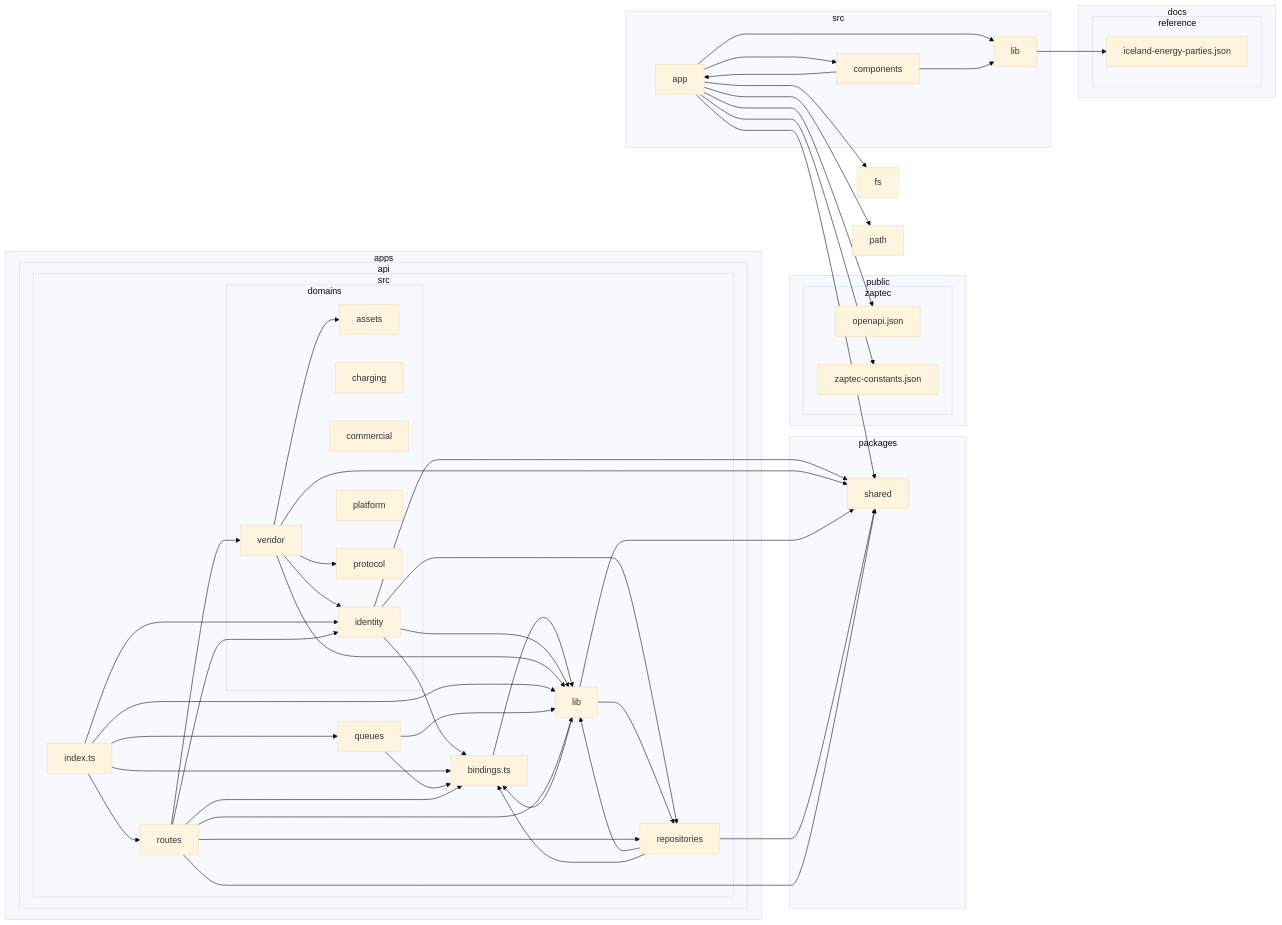
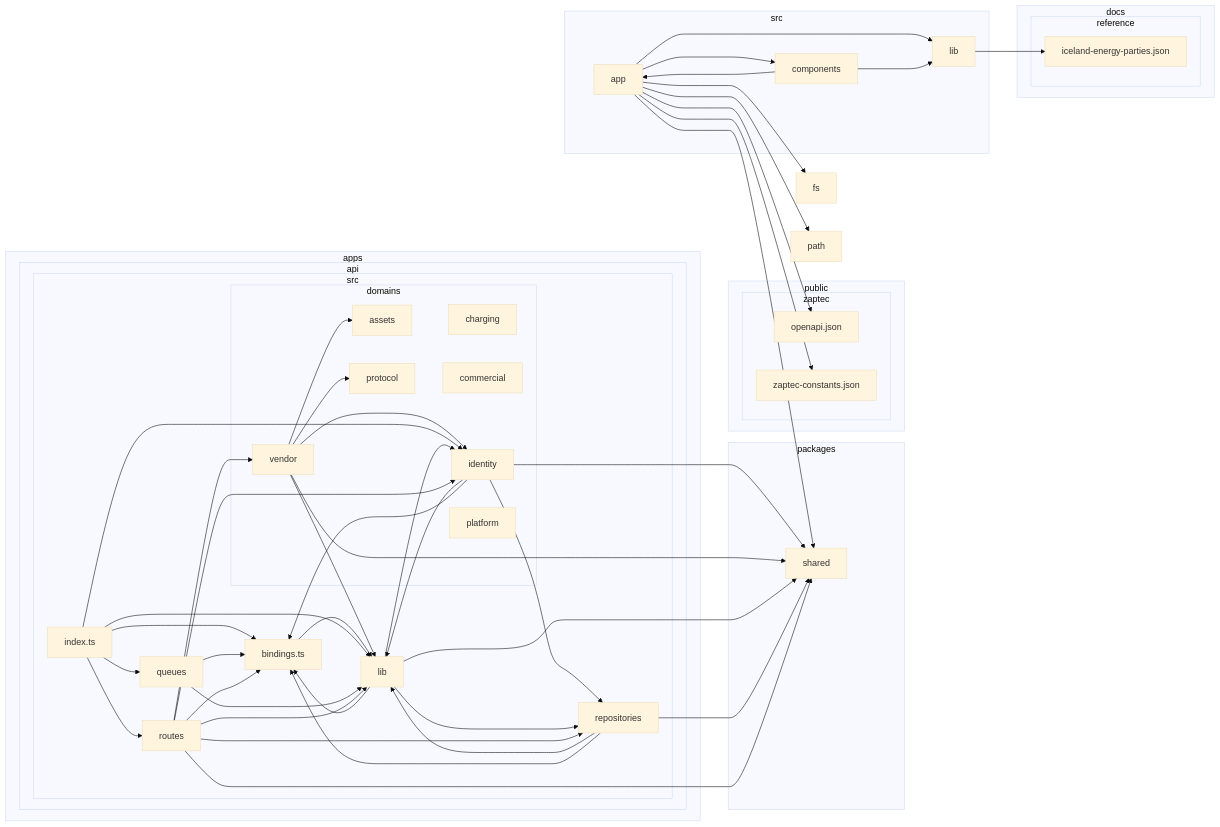
Before and after one commit to andri187/Straumvakt: the diagram in docs/architecture/dependency-graph.md, drawn with Mermaid (base theme). The commit also changed 14 other files, not shown here.

```diff
--- a/docs/architecture/dependency-graph.md
+++ b/docs/architecture/dependency-graph.md
@@ -83,6 +83,7 @@
 C-->E
 C-->G
 D-->3
+D-->8
 D-->M
 D-->F
 E-->3
```
